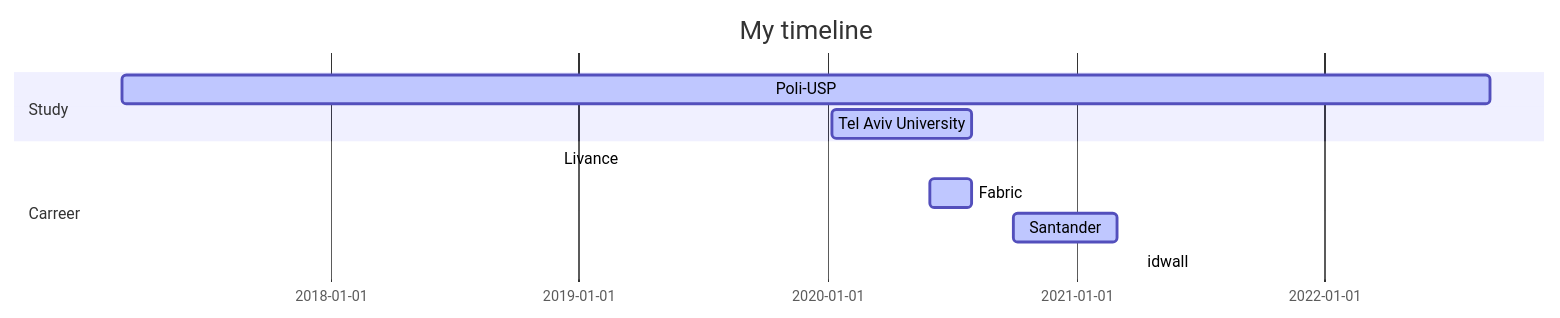
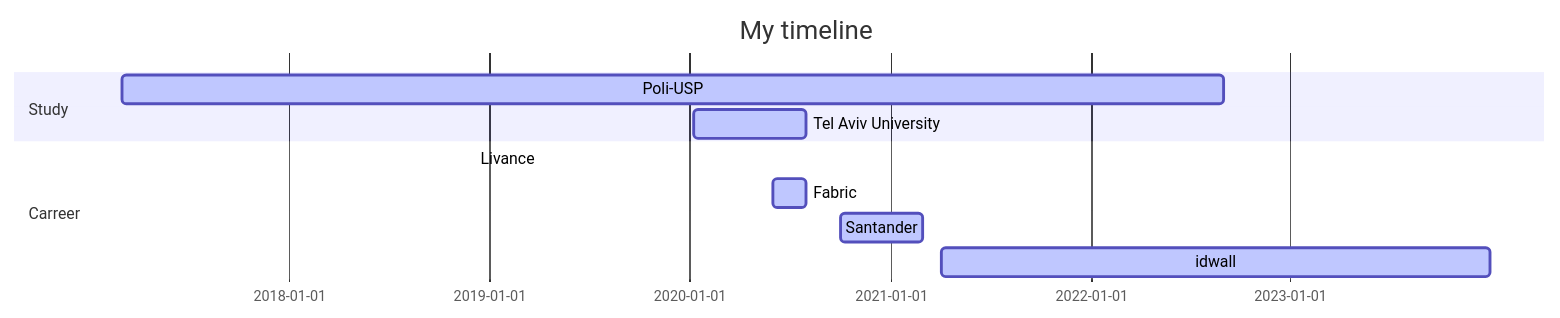
The diagram in README.md (guerchen/guerchen), drawn with Mermaid before and after one commit.

````diff
--- a/README.md
+++ b/README.md
@@ -6,16 +6,16 @@
 ```mermaid
 
 gantt
 dateFormat YYYY-MM-DD
 title My timeline
 
 section Study
 Poli-USP                 :active,, 2017-03-01,2022-09-01
 Tel Aviv University      :active,, 2020-01-08,2020-07-31
 
 section Carreer
 Livance                  :active,, 2018-12-01,2018-02-29
 Fabric                   :active,, 2020-06-01,2020-07-31
 Santander                :active,, 2020-10-01,2021-03-01
-idwall                   :active,, 2021-04-05,2023-31-12
+idwall                   :active,, 2021-04-05,2023-12-31
 ```
````
